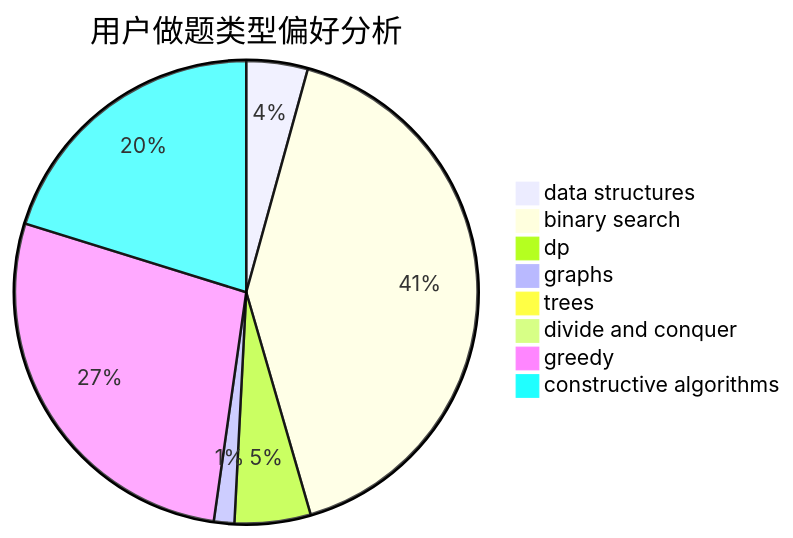
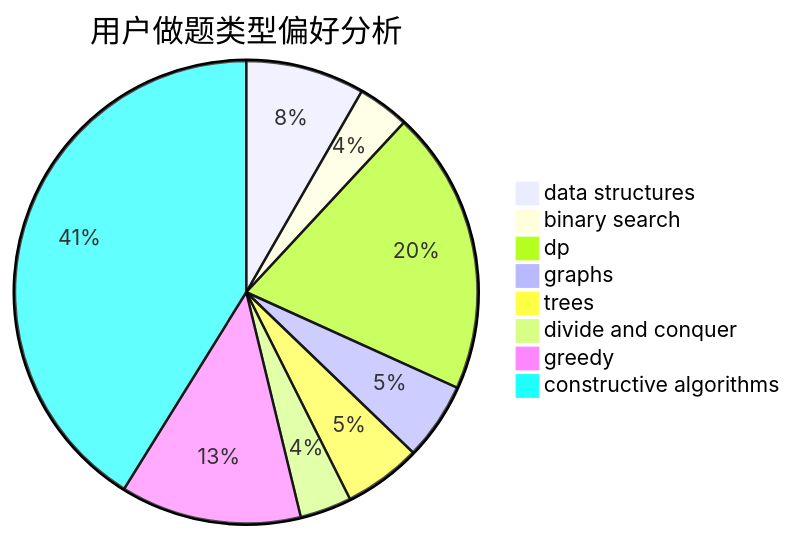
Before and after one commit to sherpahu/cfrs.github.io: the second of 3 diagrams in docs/user/u2605.md, drawn with Mermaid. The commit also changed other lines of this file and 2770 other files, not shown here.

````diff
--- a/docs/user/u2605.md
+++ b/docs/user/u2605.md
@@ -23,11 +23,11 @@
 ```mermaid
 pie title 用户做题类型偏好分析
-    "data structures" :  21
-    "binary search" :  202
-    "dp" :  26
-    "graphs" :  7
-    "trees" :  2
-    "divide and conquer" :  0
-    "greedy" :  135
-    "constructive algorithms" :  99
+    "data structures" :  23
+    "binary search" :  10
+    "dp" :  55
+    "graphs" :  15
+    "trees" :  15
+    "divide and conquer" :  10
+    "greedy" :  35
+    "constructive algorithms" :  114
 ```
````
